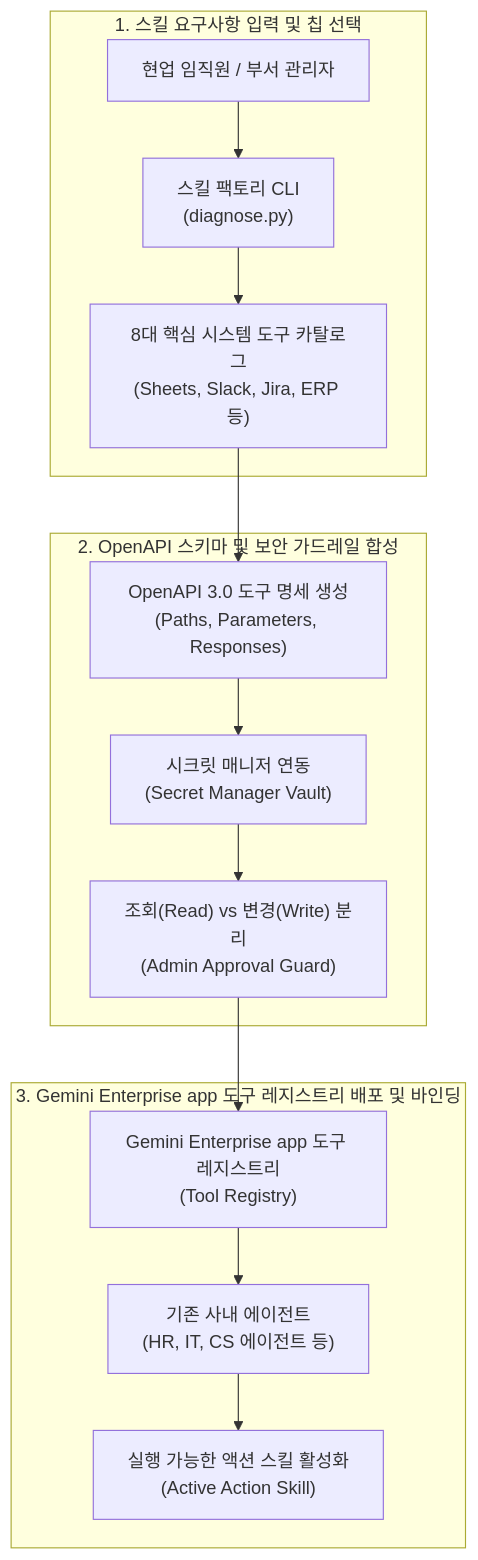
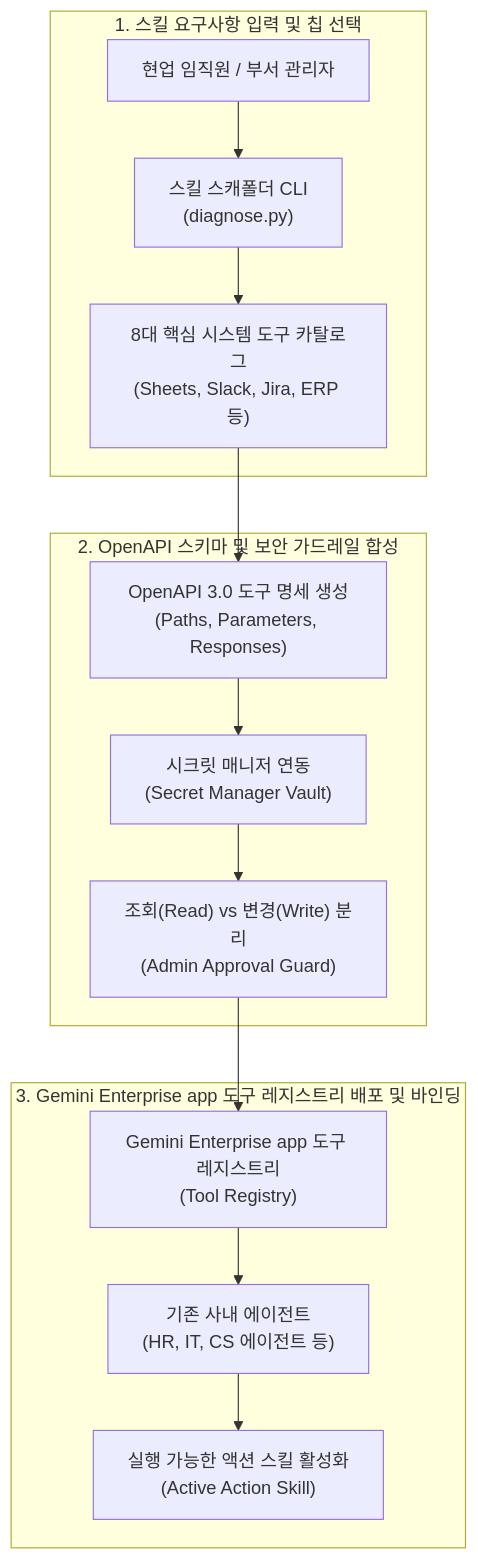
Before and after one commit to jiangjun-forge/google-cloud-0-to-1: the diagram in samples/gemini-enterprise-copilot-skill/docs/TDD.md, drawn with Mermaid. The commit also changed other lines of this file and 10 other files, not shown here.

````diff
--- a/samples/gemini-enterprise-copilot-skill/docs/TDD.md
+++ b/samples/gemini-enterprise-copilot-skill/docs/TDD.md
@@ -23,28 +23,28 @@
 ```mermaid
 flowchart TD
     subgraph InputPhase ["1. 스킬 요구사항 입력 및 칩 선택"]
         User["현업 임직원 / 부서 관리자"]
-        CLI["스킬 팩토리 CLI<br/>(diagnose.py)"]
+        CLI["스킬 스캐폴더 CLI<br/>(diagnose.py)"]
         ToolCatalog["8대 핵심 시스템 도구 카탈로그<br/>(Sheets, Slack, Jira, ERP 등)"]
         User --> CLI
         CLI --> ToolCatalog
     end
 
     subgraph SchemaPhase ["2. OpenAPI 스키마 및 보안 가드레일 합성"]
         SchemaGen["OpenAPI 3.0 도구 명세 생성<br/>(Paths, Parameters, Responses)"]
         VaultBinding["시크릿 매니저 연동<br/>(Secret Manager Vault)"]
         PermissionCheck["조회(Read) vs 변경(Write) 분리<br/>(Admin Approval Guard)"]
         ToolCatalog --> SchemaGen
         SchemaGen --> VaultBinding
         VaultBinding --> PermissionCheck
     end
 
     subgraph RegistryPhase ["3. Gemini Enterprise app 도구 레지스트리 배포 및 바인딩"]
         ToolRegistry["Gemini Enterprise app 도구 레지스트리<br/>(Tool Registry)"]
         TargetAgent["기존 사내 에이전트<br/>(HR, IT, CS 에이전트 등)"]
         ActiveSkill["실행 가능한 액션 스킬 활성화<br/>(Active Action Skill)"]
         PermissionCheck --> ToolRegistry
         ToolRegistry --> TargetAgent
         TargetAgent --> ActiveSkill
     end
 ```
````
